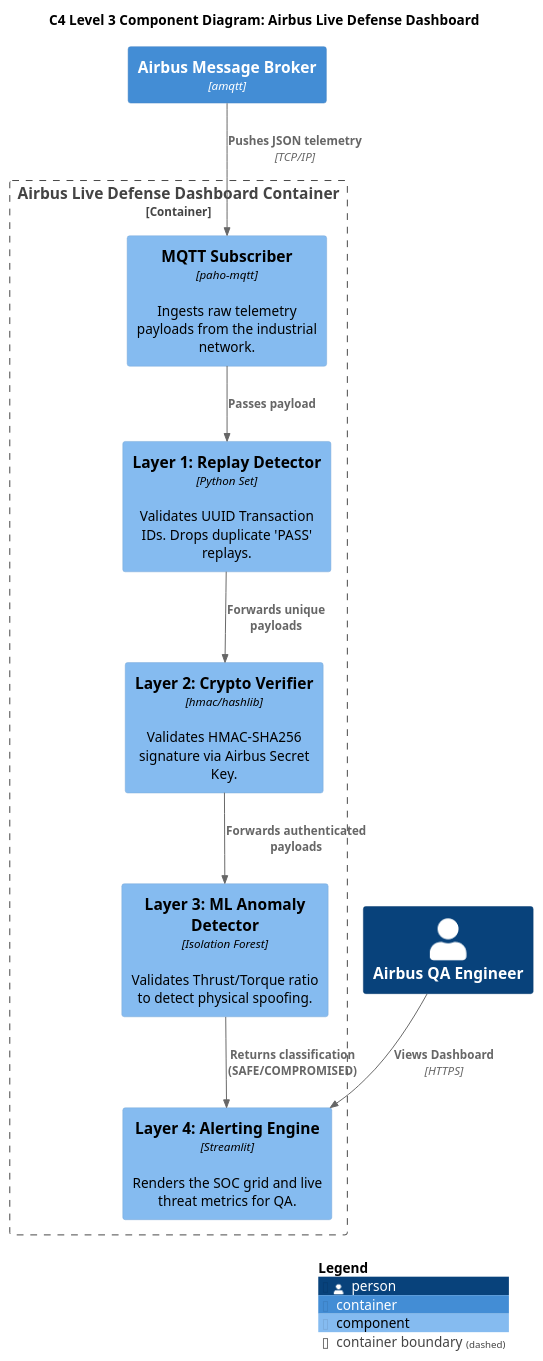
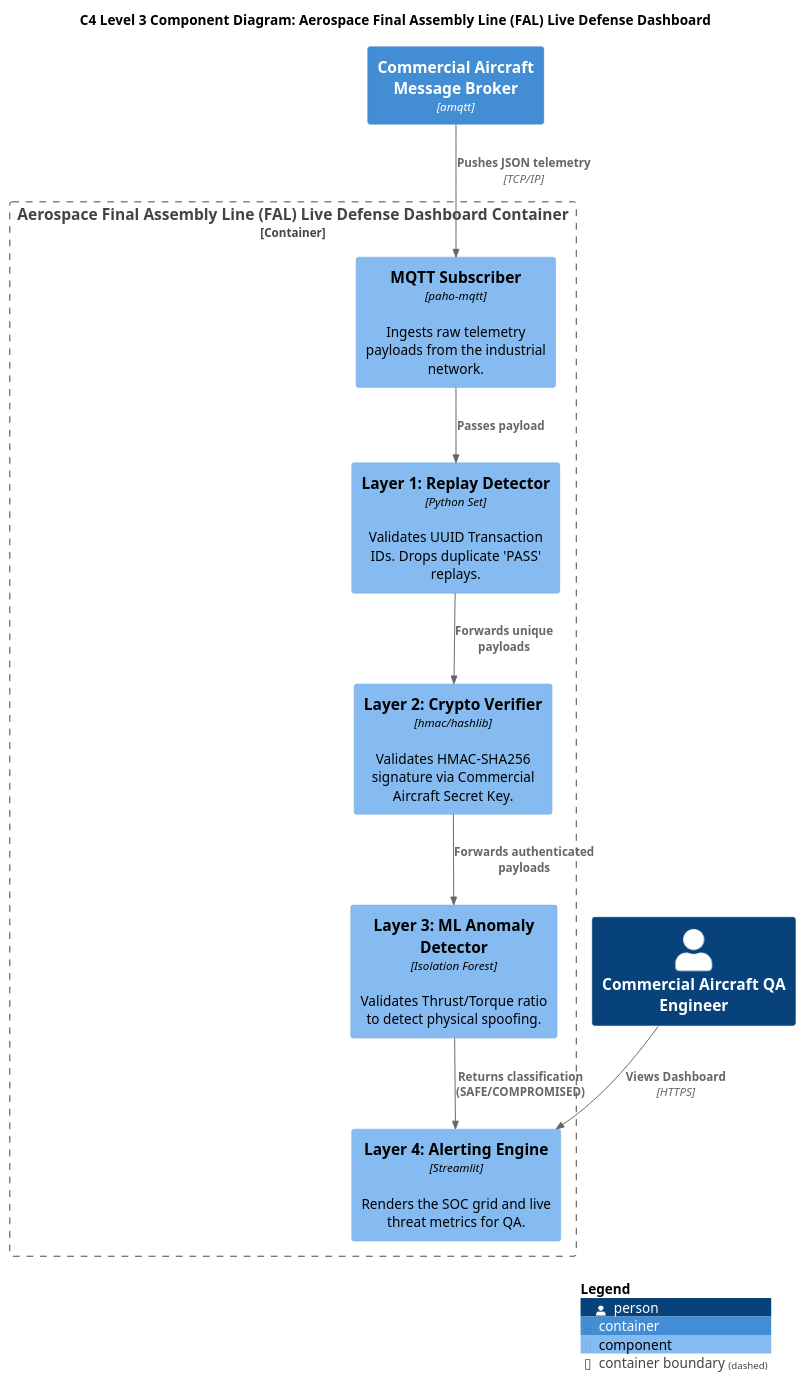
Before and after one commit to metgudV/CyberSecurity: the diagram in diagrams/c4_component.puml, drawn with PlantUML.

Commit message:
Update C4 diagram title and component descriptions

```diff
--- a/diagrams/c4_component.puml
+++ b/diagrams/c4_component.puml
@@ -1,25 +1,25 @@
 @startuml
 !include https://raw.githubusercontent.com/plantuml-stdlib/C4-PlantUML/master/C4_Component.puml
 
-title C4 Level 3 Component Diagram: Airbus Live Defense Dashboard
+title C4 Level 3 Component Diagram: Aerospace Final Assembly Line (FAL) Live Defense Dashboard
 
-Container_Boundary(dashboard, "Airbus Live Defense Dashboard Container") {
+Container_Boundary(dashboard, "Aerospace Final Assembly Line (FAL) Live Defense Dashboard Container") {
     Component(mqttSub, "MQTT Subscriber", "paho-mqtt", "Ingests raw telemetry payloads from the industrial network.")
     Component(replayDetector, "Layer 1: Replay Detector", "Python Set", "Validates UUID Transaction IDs. Drops duplicate 'PASS' replays.")
-    Component(cryptoVerifier, "Layer 2: Crypto Verifier", "hmac/hashlib", "Validates HMAC-SHA256 signature via Airbus Secret Key.")
+    Component(cryptoVerifier, "Layer 2: Crypto Verifier", "hmac/hashlib", "Validates HMAC-SHA256 signature via Commercial Aircraft Secret Key.")
     Component(physicsValidator, "Layer 3: ML Anomaly Detector", "Isolation Forest", "Validates Thrust/Torque ratio to detect physical spoofing.")
     Component(uiRenderer, "Layer 4: Alerting Engine", "Streamlit", "Renders the SOC grid and live threat metrics for QA.")
 }
 
-Container(mqttBroker, "Airbus Message Broker", "amqtt")
-Person(qaEngineer, "Airbus QA Engineer")
+Container(mqttBroker, "Commercial Aircraft Message Broker", "amqtt")
+Person(qaEngineer, "Commercial Aircraft QA Engineer")
 
 Rel(mqttBroker, mqttSub, "Pushes JSON telemetry", "TCP/IP")
 Rel(mqttSub, replayDetector, "Passes payload")
 Rel(replayDetector, cryptoVerifier, "Forwards unique payloads")
 Rel(cryptoVerifier, physicsValidator, "Forwards authenticated payloads")
 Rel(physicsValidator, uiRenderer, "Returns classification (SAFE/COMPROMISED)")
 Rel(qaEngineer, uiRenderer, "Views Dashboard", "HTTPS")
 
 SHOW_LEGEND()
 @enduml
```
